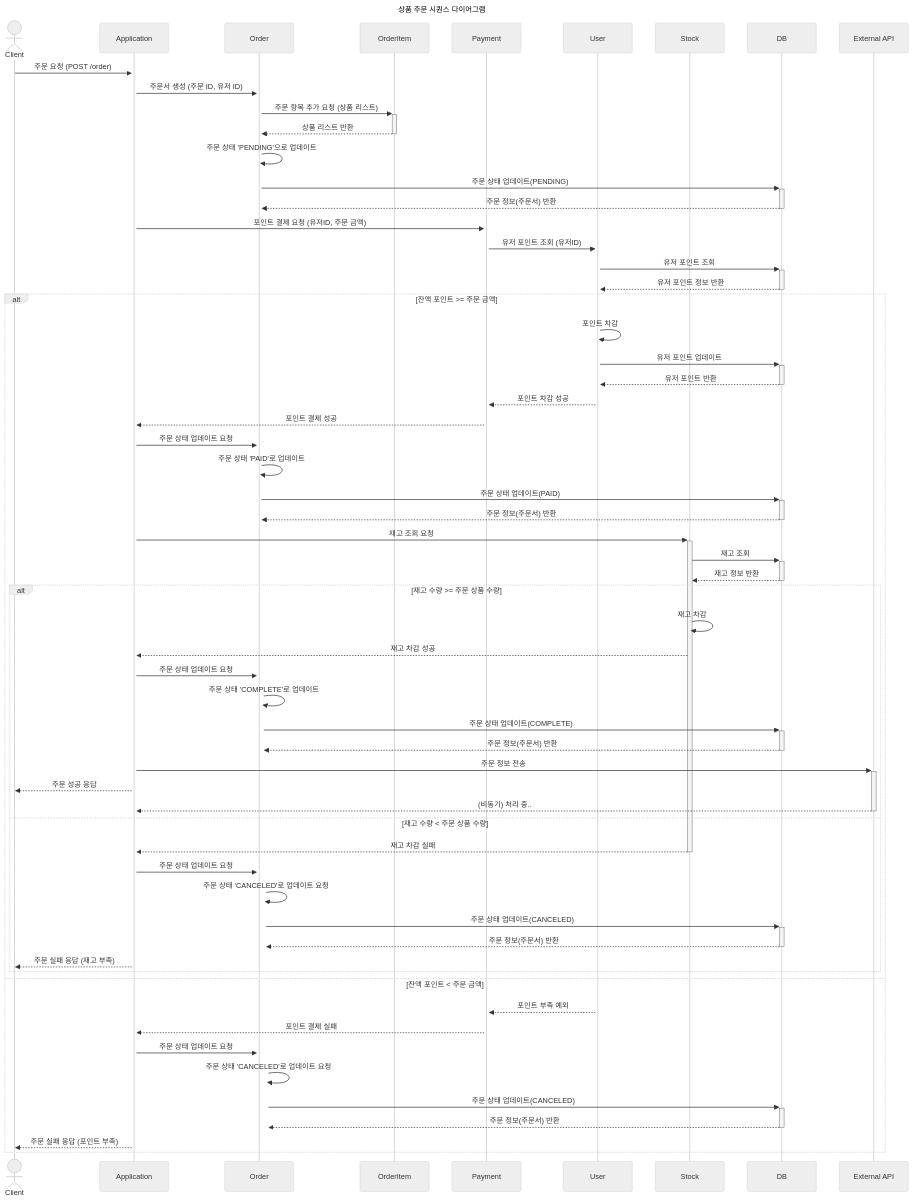
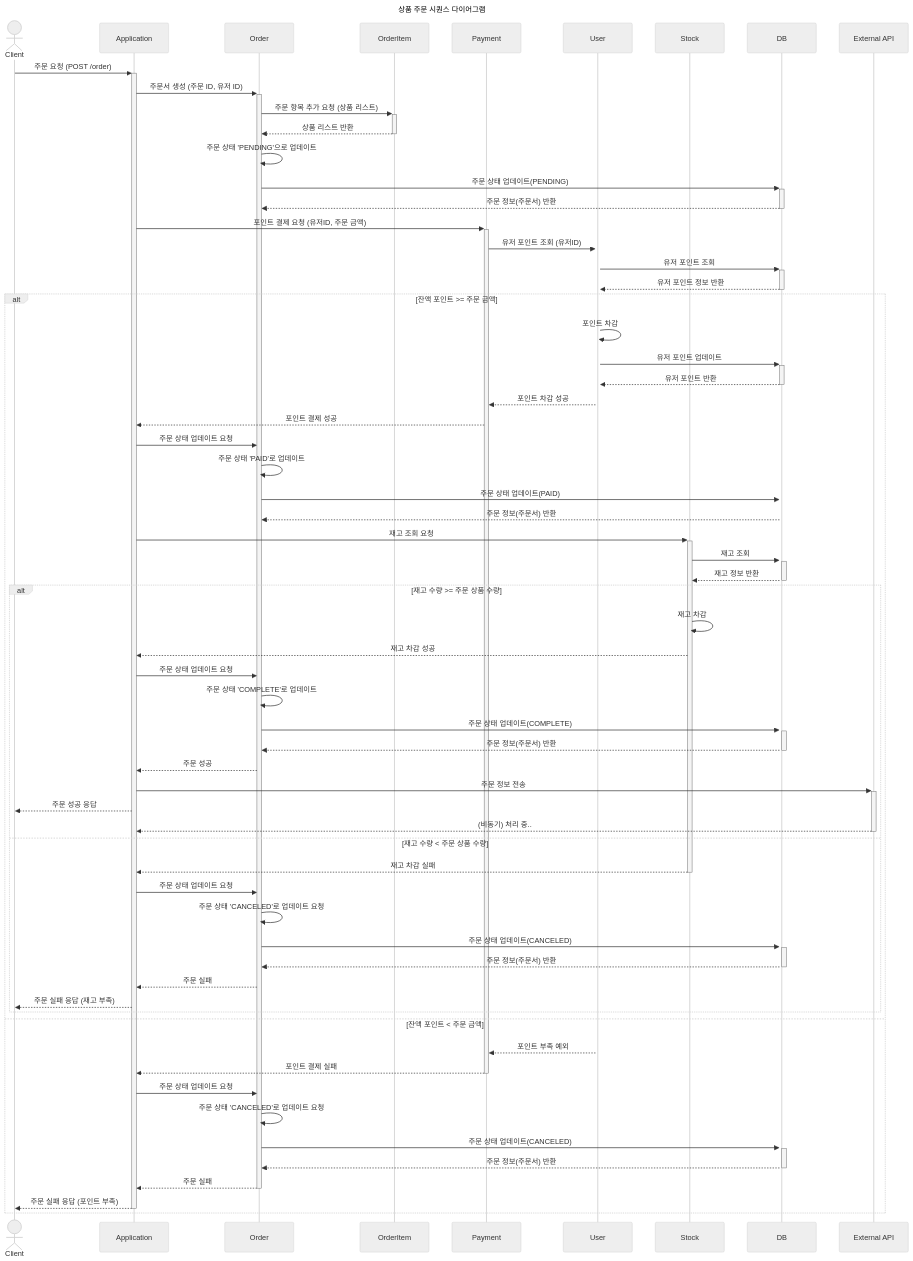
One commit to dev-jinius/e-commerce changed the diagram in src/main/docs/uml/order-sequence-diagram.md. Above: the diagram before and after it, drawn with Mermaid (neutral theme).

Commit message:
doc: update order sequence diagram

````diff
--- a/src/main/docs/uml/order-sequence-diagram.md
+++ b/src/main/docs/uml/order-sequence-diagram.md
@@ -1,72 +1,75 @@
 ```mermaid
 ---
 title: 상품 주문 시퀀스 다이어그램
 ---
 sequenceDiagram
     actor c as Client
     participant app as Application
     participant order as Order
     participant item as OrderItem
     participant pay as Payment
     participant user as User
     participant stock as Stock
     participant db as DB
     participant api as External API
     
     c->>+app: 주문 요청 (POST /order)
     app->>+order: 주문서 생성 (주문 ID, 유저 ID)
     order->>+item: 주문 항목 추가 요청 (상품 리스트)
     item-->>-order: 상품 리스트 반환
     order->>order: 주문 상태 'PENDING'으로 업데이트 
     order->>+db: 주문 상태 업데이트(PENDING)
     db-->>-order: 주문 정보(주문서) 반환
     
     app->>+pay: 포인트 결제 요청 (유저ID, 주문 금액)
     pay->>+user: 유저 포인트 조회 (유저ID)
     user->>+db: 유저 포인트 조회
     db-->>-user: 유저 포인트 정보 반환
     
     alt 잔액 포인트 >= 주문 금액
         user->>user: 포인트 차감
         user->>+db: 유저 포인트 업데이트
         db-->>-user: 유저 포인트 반환
         user-->>pay: 포인트 차감 성공
         pay-->>app: 포인트 결제 성공
         app->>order: 주문 상태 업데이트 요청
         order->>order: 주문 상태 'PAID'로 업데이트
         order->>+db: 주문 상태 업데이트(PAID)
-        db-->>-order: 주문 정보(주문서) 반환
+        db-->>order: 주문 정보(주문서) 반환
         
         app->>+stock: 재고 조회 요청
         stock->>+db: 재고 조회
         db-->>-stock: 재고 정보 반환
         
         alt 재고 수량 >= 주문 상품 수량
             stock->>stock: 재고 차감
             stock-->>app: 재고 차감 성공
-            app->>+order: 주문 상태 업데이트 요청
+            app->>order: 주문 상태 업데이트 요청
             order->>order: 주문 상태 'COMPLETE'로 업데이트
             order->>+db: 주문 상태 업데이트(COMPLETE)
             db-->>-order: 주문 정보(주문서) 반환
+            order-->>app: 주문 성공
             app->>+api: 주문 정보 전송
             app-->>c: 주문 성공 응답
             api-->>-app: (비동기) 처리 중..
         else 재고 수량 < 주문 상품 수량
             stock-->>-app: 재고 차감 실패
-            app->>+order: 주문 상태 업데이트 요청
+            app->>order: 주문 상태 업데이트 요청
             order->>order: 주문 상태 'CANCELED'로 업데이트 요청
             order->>+db: 주문 상태 업데이트(CANCELED)
             db-->>-order: 주문 정보(주문서) 반환
+            order-->>app: 주문 실패
             app-->>c: 주문 실패 응답 (재고 부족)
         end
         
     else 잔액 포인트 < 주문 금액
         user-->>pay: 포인트 부족 예외
-        pay-->>app: 포인트 결제 실패
-        app->>+order: 주문 상태 업데이트 요청
+        pay-->>-app: 포인트 결제 실패
+        app->>order: 주문 상태 업데이트 요청
         order->>order: 주문 상태 'CANCELED'로 업데이트 요청
         order->>+db: 주문 상태 업데이트(CANCELED)
         db-->>-order: 주문 정보(주문서) 반환
-        app-->>c: 주문 실패 응답 (포인트 부족)
+        order-->>-app: 주문 실패
+        app-->>-c: 주문 실패 응답 (포인트 부족)
     end
 ```
````
